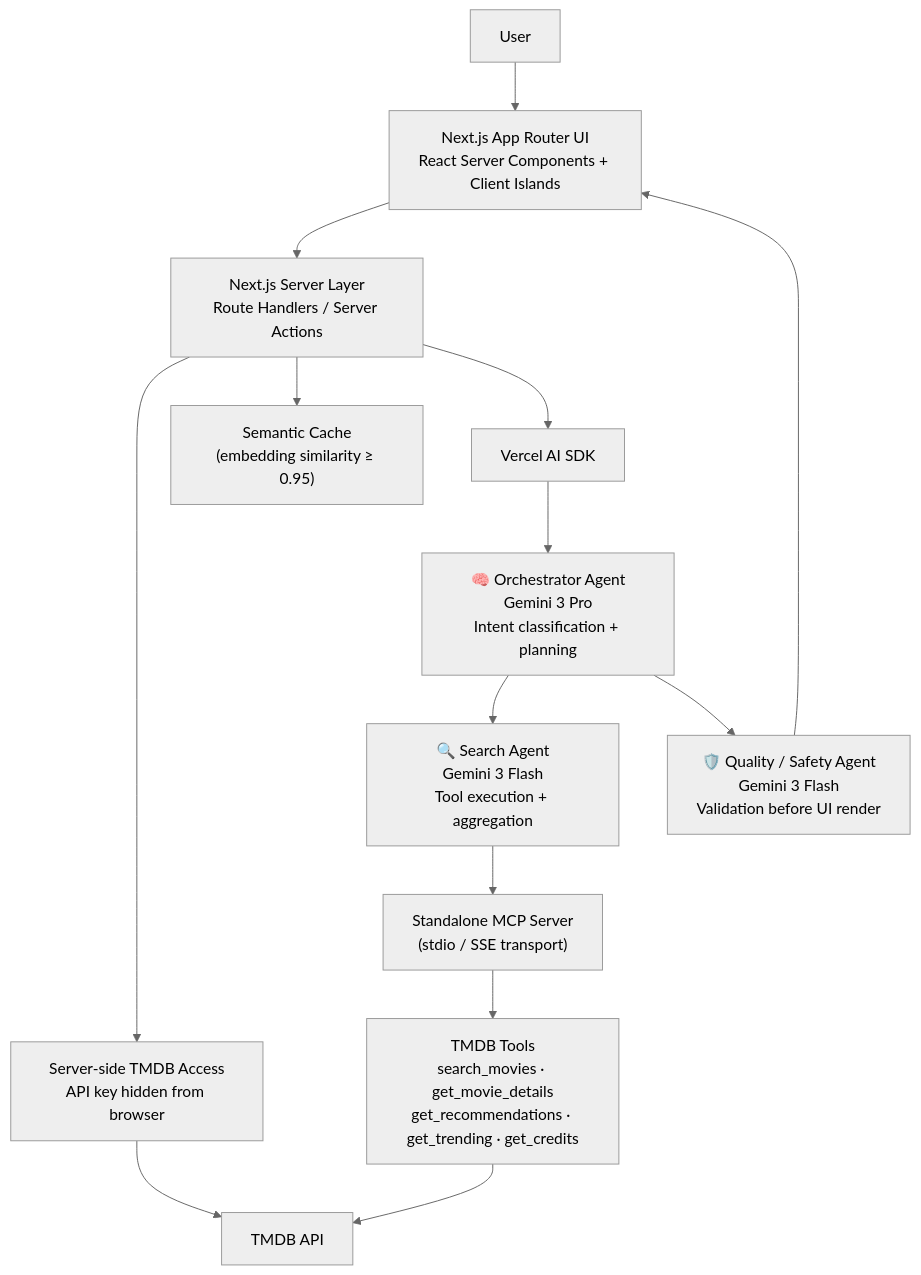
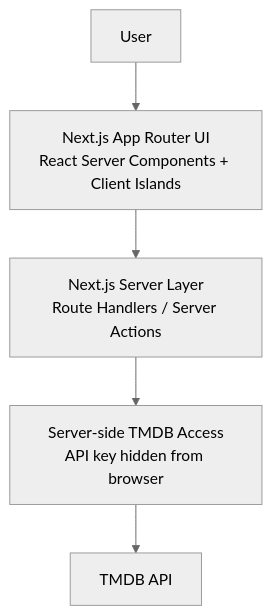
The first of 2 diagrams in README.md (LuismGil/movie-explorer), drawn with Mermaid (neutral theme) before and after one commit. The commit also changed other lines of this file and 43 other files, not shown here.

Commit message:
refactor: migrate project from Vite to Next.js App Router and implement server-side TMDB actions

````diff
--- a/README.md
+++ b/README.md
@@ -37,29 +36,13 @@
 ```mermaid
 flowchart TD
   User["User"]
   UI["Next.js App Router UI\nReact Server Components + Client Islands"]
   Server["Next.js Server Layer\nRoute Handlers / Server Actions"]
   TMDBProxy["Server-side TMDB Access\nAPI key hidden from browser"]
-  Cache["Semantic Cache\n(embedding similarity ≥ 0.95)"]
-  AI["Vercel AI SDK"]
-  Orchestrator["🧠 Orchestrator Agent\nGemini 3 Pro\nIntent classification + planning"]
-  Search["🔍 Search Agent\nGemini 3 Flash\nTool execution + aggregation"]
-  Quality["🛡️ Quality / Safety Agent\nGemini 3 Flash\nValidation before UI render"]
-  MCP["Standalone MCP Server\n(stdio / SSE transport)"]
-  Tools["TMDB Tools\nsearch_movies · get_movie_details\nget_recommendations · get_trending · get_credits"]
   TMDB["TMDB API"]
 
   User --> UI
   UI --> Server
   Server --> TMDBProxy
   TMDBProxy --> TMDB
-  Server --> Cache
-  Server --> AI
-  AI --> Orchestrator
-  Orchestrator --> Search
-  Orchestrator --> Quality
-  Search --> MCP
-  MCP --> Tools
-  Tools --> TMDB
-  Quality --> UI
 ```
````
